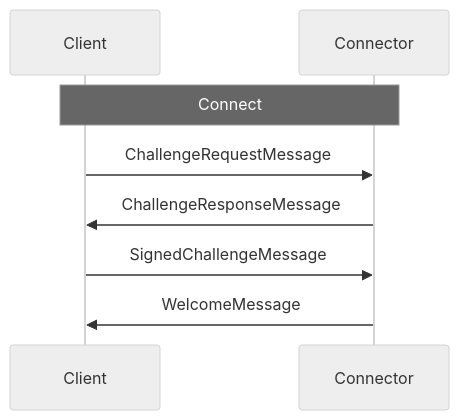
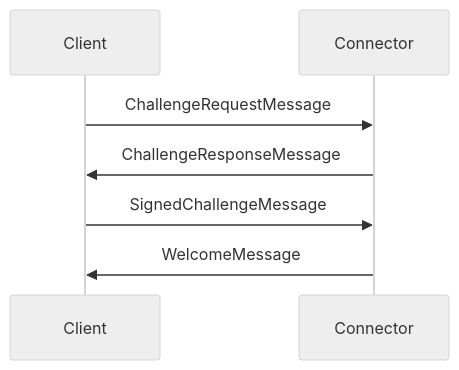
One commit to decentraland/dcl-one changed the diagram in apps/sites/content/docs/contributor/communications/archipelago/index.md. Above: the diagram before and after it, drawn with Mermaid (neutral theme). The commit also changed other lines of this file and 4 other files, not shown here.

````diff
--- a/apps/sites/content/docs/contributor/communications/archipelago/index.md
+++ b/apps/sites/content/docs/contributor/communications/archipelago/index.md
@@ -21,11 +21,9 @@
 ```mermaid
 sequenceDiagram
     participant Client
     participant Connector
-    
-    Note over Client,Connector: Connect
     Client->>Connector: ChallengeRequestMessage
     Connector->>Client: ChallengeResponseMessage
     Client->>Connector: SignedChallengeMessage
     Connector->>Client: WelcomeMessage
 ```
````
